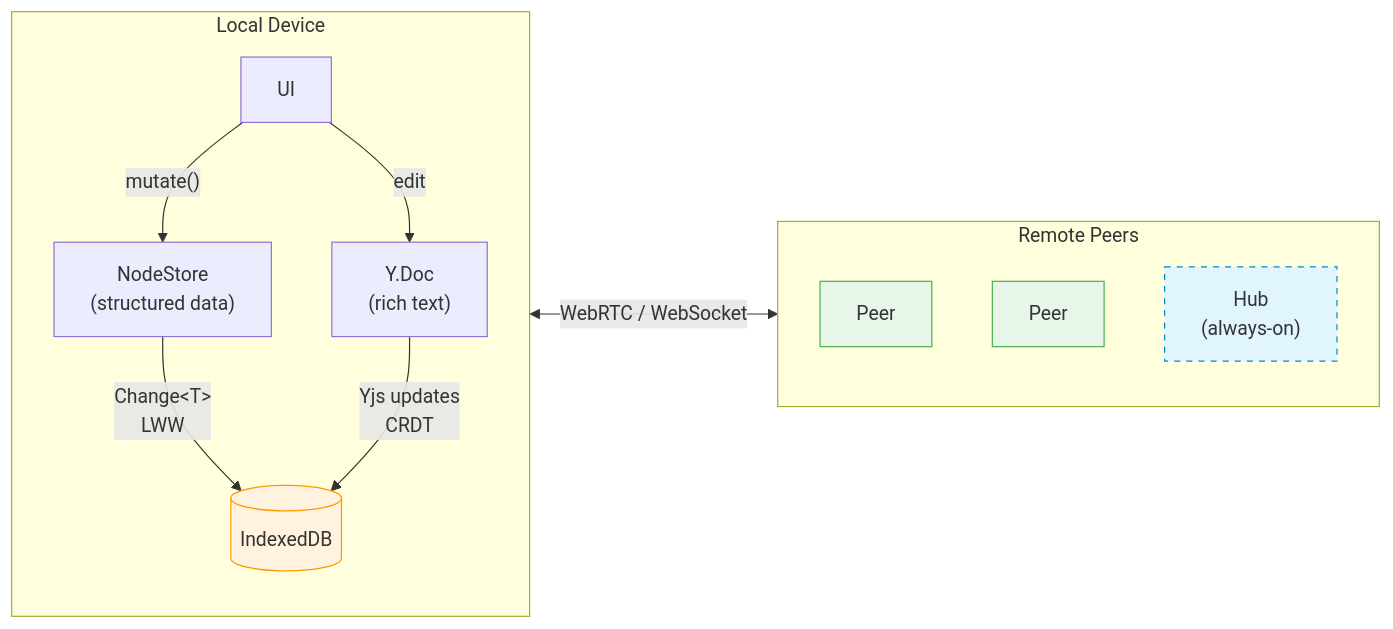
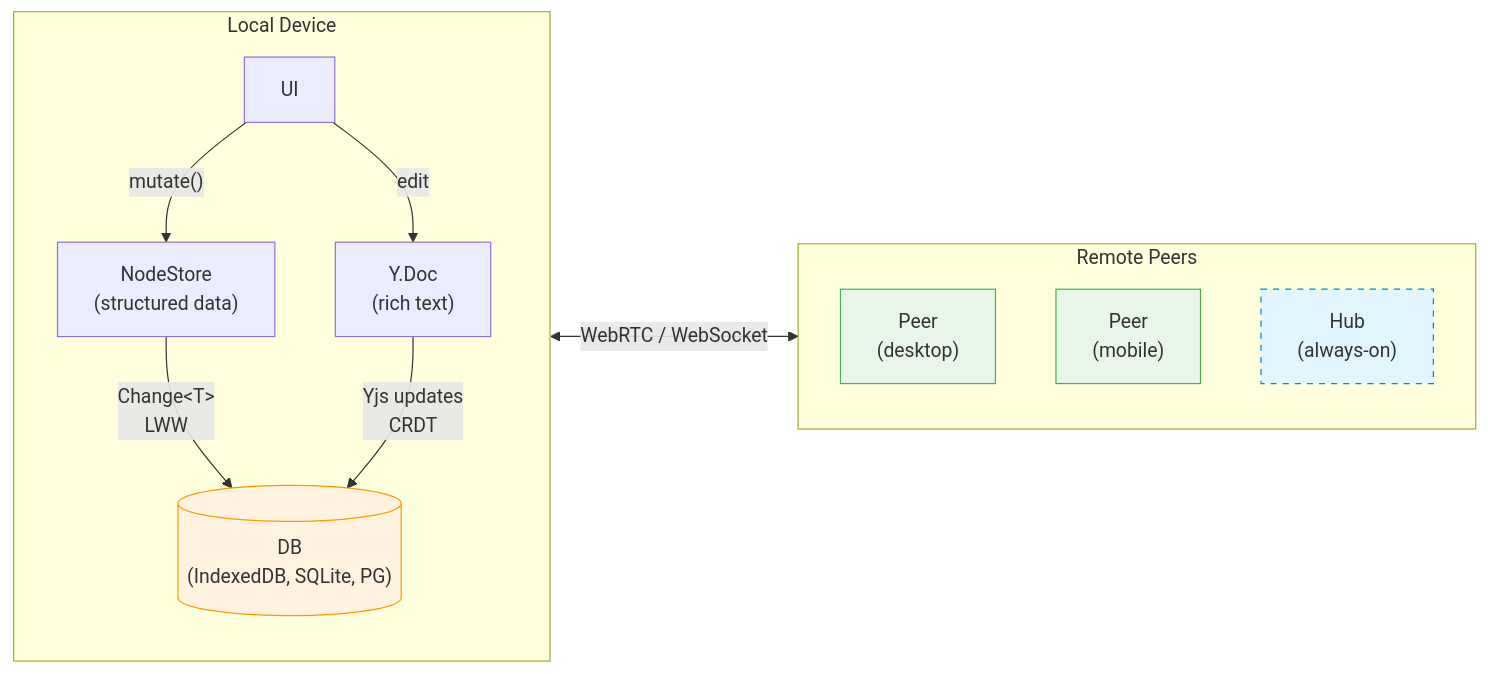
Before and after one commit to crs48/xNet: the second of 3 diagrams in README.md, drawn with Mermaid.

Commit message:
docs: update sync diagram with DB options and peer labels

````diff
--- a/README.md
+++ b/README.md
@@ -255,29 +255,29 @@
 ```mermaid
 flowchart LR
     subgraph Local["Local Device"]
         UI["UI"]
         NodeStore["NodeStore<br/>(structured data)"]
         YDoc["Y.Doc<br/>(rich text)"]
-        IDB[("IndexedDB")]
+        DB[("DB<br/>(IndexedDB, SQLite, PG)")]
     end
 
     subgraph Remote["Remote Peers"]
-        Peer1["Peer"]
-        Peer2["Peer"]
+        Peer1["Peer<br/>(desktop)"]
+        Peer2["Peer<br/>(mobile)"]
         HubNode["Hub<br/>(always-on)"]
     end
 
     UI -->|"mutate()"| NodeStore
     UI -->|"edit"| YDoc
-    NodeStore -->|"Change&lt;T&gt;<br/>LWW"| IDB
-    YDoc -->|"Yjs updates<br/>CRDT"| IDB
+    NodeStore -->|"Change&lt;T&gt;<br/>LWW"| DB
+    YDoc -->|"Yjs updates<br/>CRDT"| DB
 
     Local <-->|"WebRTC / WebSocket"| Remote
 
     classDef storage fill:#fff3e0,stroke:#ff9800
     classDef peer fill:#e8f5e9,stroke:#4caf50
     classDef hub fill:#e1f5fe,stroke:#0288d1,stroke-dasharray: 5 5
-    class IDB storage
+    class DB storage
     class Peer1,Peer2 peer
     class HubNode hub
 ```
````
